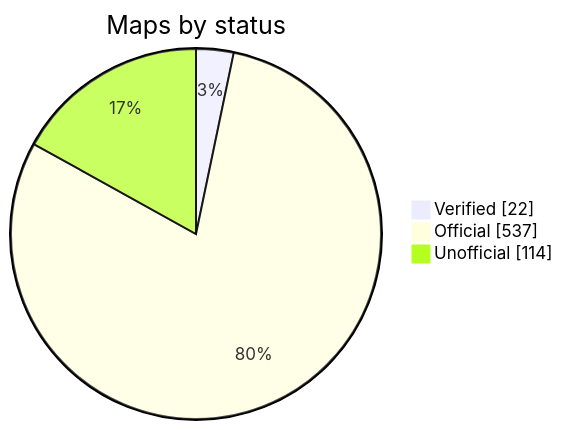
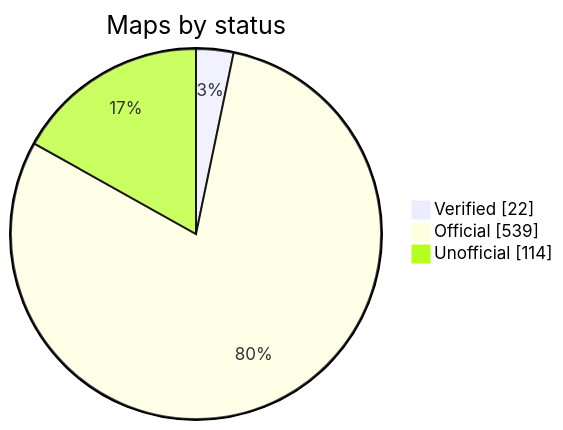
One commit to nobrega8/mbmap-library changed the diagram in README.md. Above: the diagram before and after it, drawn with Mermaid. The commit also changed 7 other files, not shown here.

````diff
--- a/README.md
+++ b/README.md
@@ -52,7 +52,7 @@
 ```mermaid
 pie showData
     title Maps by status
     "Verified" : 22
-    "Official" : 537
+    "Official" : 539
     "Unofficial" : 114
 ```
````
